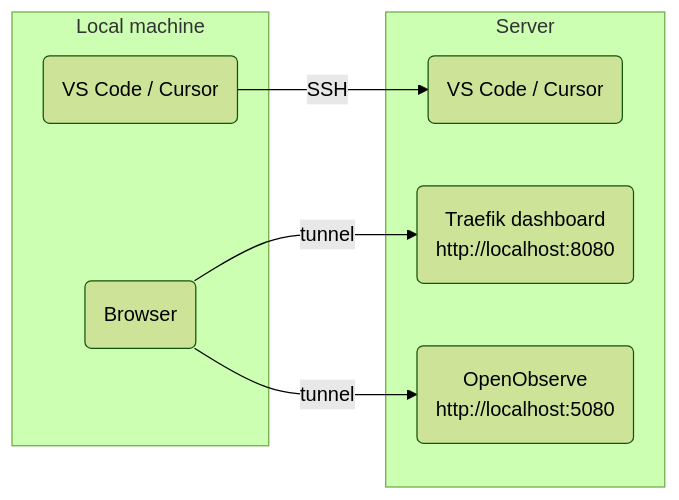
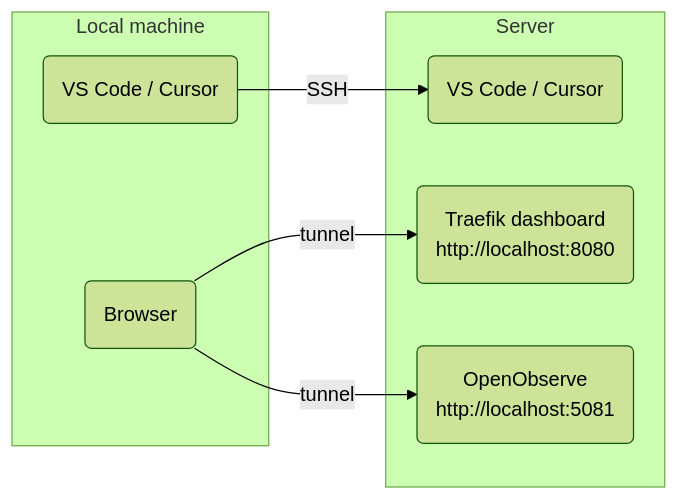
Before and after one commit to rednaw/iac: the diagram in docs/remote-ssh.md, drawn with Mermaid (forest theme). The commit also changed other lines of this file and 19 other files, not shown here.

````diff
--- a/docs/remote-ssh.md
+++ b/docs/remote-ssh.md
@@ -7,17 +7,17 @@
 ```mermaid
 flowchart LR
     subgraph LOCAL["Local machine"]
         EDITOR(VS Code / Cursor)
         BROWSER(Browser)
     end
 
     subgraph SERVER["Server"]
         VSCODE(VS Code / Cursor)
         TRAEFIK(Traefik dashboard<br/>http://localhost:8080)
-        OBSERVE(OpenObserve<br/>http://localhost:5080)
+        OBSERVE(OpenObserve<br/>http://localhost:5081)
     end
 
     EDITOR -->|SSH| VSCODE
     BROWSER -->|tunnel| TRAEFIK
     BROWSER -->|tunnel| OBSERVE
 ```
````
